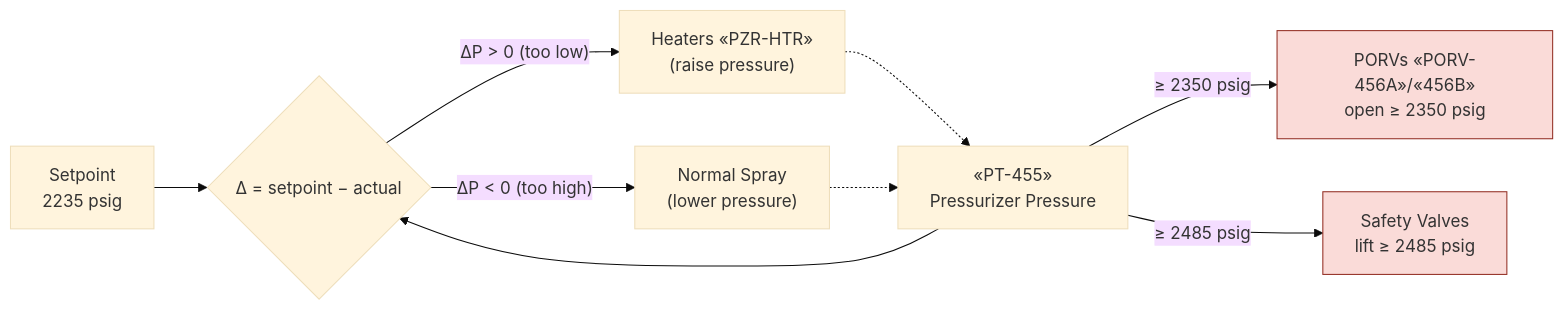
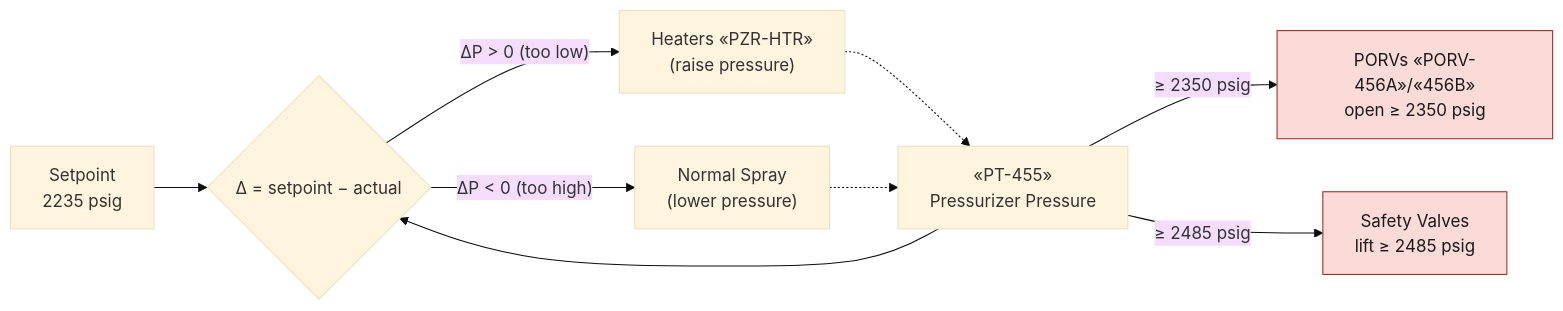
One commit to samsinn-wikis/pwr-ops changed the second of 2 diagrams in wiki/systems/rcs.md. Above: the diagram before and after it, drawn with Mermaid (base theme). The commit also changed other lines of this file and 11 other files, not shown here.

First line of the commit message:
fix(systems): force dark text on light-fill mermaid nodes

````diff
--- a/wiki/systems/rcs.md
+++ b/wiki/systems/rcs.md
@@ -110,22 +110,22 @@
 ```mermaid
 flowchart LR
     SET["Setpoint<br/>2235 psig"]
     PT["«PT-455»<br/>Pressurizer Pressure"]
     DEC{"Δ = setpoint − actual"}
     HTR["Heaters «PZR-HTR»<br/>(raise pressure)"]
     SPR["Normal Spray<br/>(lower pressure)"]
     PORV["PORVs «PORV-456A»/«456B»<br/>open ≥ 2350 psig"]
     SAF["Safety Valves<br/>lift ≥ 2485 psig"]
 
     SET --> DEC
     PT --> DEC
     DEC -- "ΔP > 0 (too low)" --> HTR
     DEC -- "ΔP < 0 (too high)" --> SPR
     PT -- "≥ 2350 psig" --> PORV
     PT -- "≥ 2485 psig" --> SAF
     HTR -.-> PT
     SPR -.-> PT
 
-    classDef alarm fill:#fadbd8,stroke:#943126
+    classDef alarm fill:#fadbd8,stroke:#943126,color:#1a1a1a
     class PORV,SAF alarm
 ```
````
